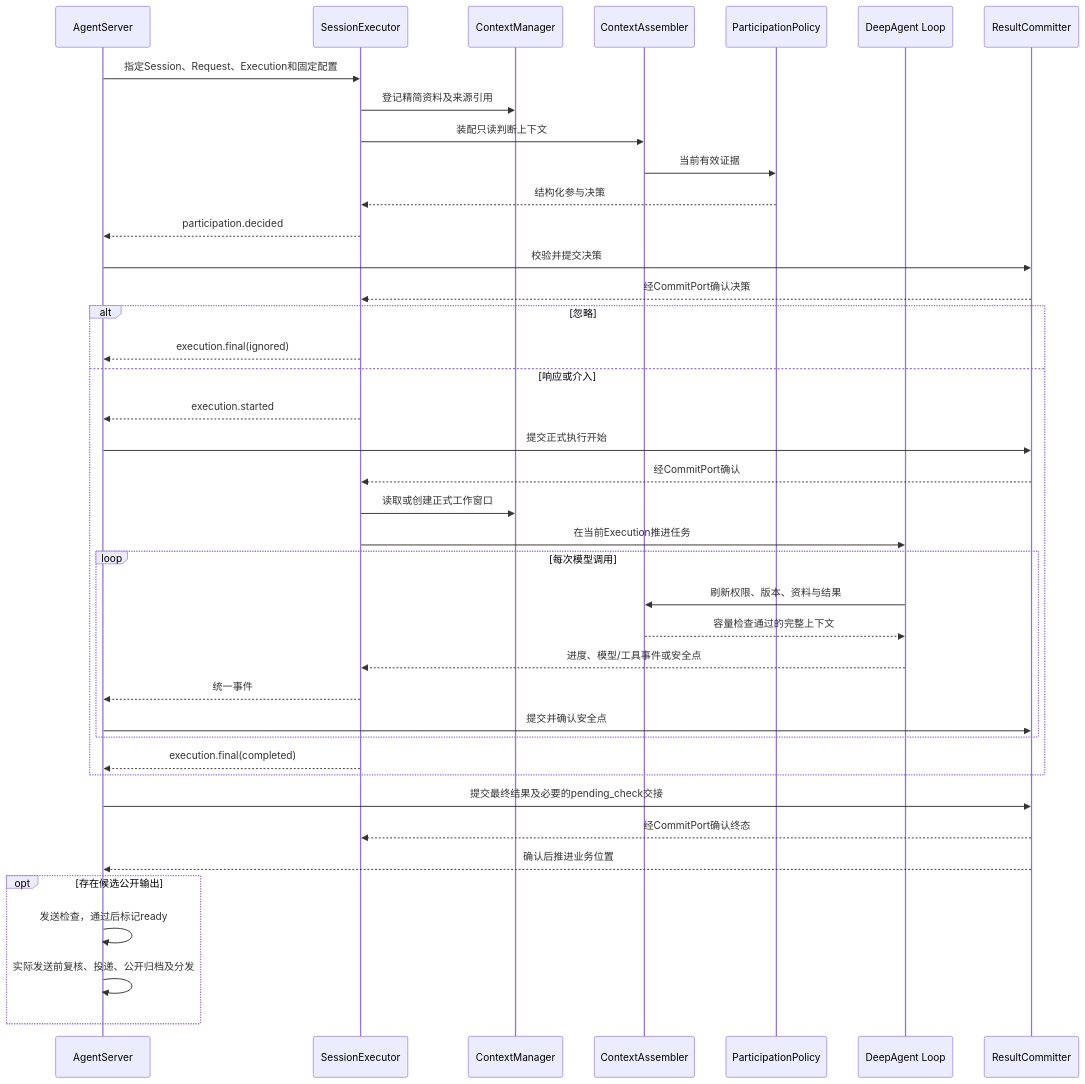
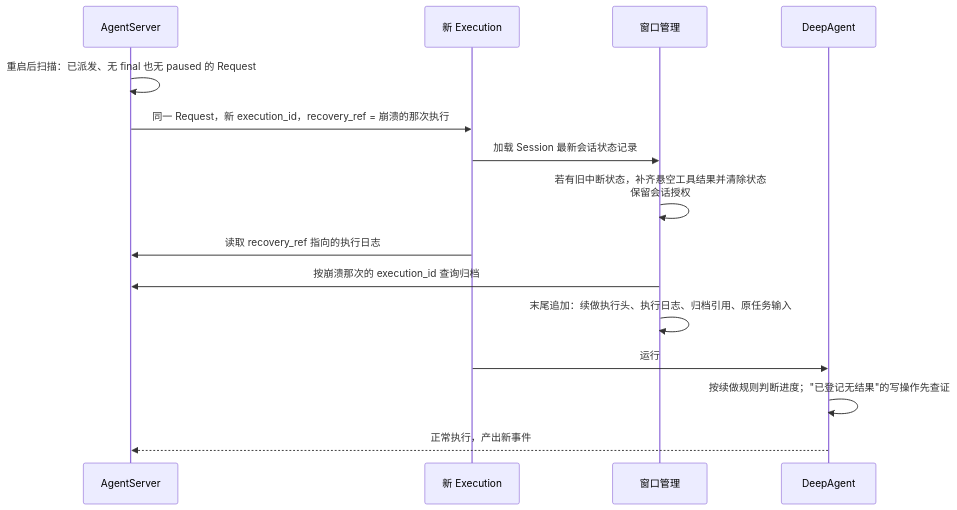
Before and after one commit to openJiuwen-ai/agent-core: the fifth of 5 diagrams in openjiuwen/harness/persistent_agent/docs/designs/persistent-agent-architecture.md, drawn with Mermaid. The commit also changed other lines of this file and 16 other files, not shown here.

````diff
--- a/openjiuwen/harness/persistent_agent/docs/designs/persistent-agent-architecture.md
+++ b/openjiuwen/harness/persistent_agent/docs/designs/persistent-agent-architecture.md
@@ -775,42 +808,17 @@
 ```mermaid
 sequenceDiagram
     participant H as AgentServer
-    participant E as SessionExecutor
-    participant C as ContextManager
-    participant A as ContextAssembler
-    participant P as ParticipationPolicy
-    participant L as DeepAgent Loop
-    participant S as ResultCommitter
-    H->>E: 指定Session、Request、Execution和固定配置
-    E->>C: 登记精简资料及来源引用
-    E->>A: 装配只读判断上下文
-    A->>P: 当前有效证据
-    P-->>E: 结构化参与决策
-    E-->>H: participation.decided
-    H->>S: 校验并提交决策
-    S-->>E: 经CommitPort确认决策
-    alt 忽略
-        E-->>H: execution.final(ignored)
-    else 响应或介入
-        E-->>H: execution.started
-        H->>S: 提交正式执行开始
-        S-->>E: 经CommitPort确认
-        E->>C: 读取或创建正式工作窗口
-        E->>L: 在当前Execution推进任务
-        loop 每次模型调用
-            L->>A: 刷新权限、版本、资料与结果
-            A-->>L: 容量检查通过的完整上下文
-            L-->>E: 进度、模型/工具事件或安全点
-            E-->>H: 统一事件
-            H->>S: 提交并确认安全点
-        end
-        E-->>H: execution.final(completed)
-    end
-    H->>S: 提交最终结果及必要的pending_check交接
-    S-->>E: 经CommitPort确认终态
-    S-->>H: 确认后推进业务位置
-    opt 存在候选公开输出
-        H->>H: 发送检查，通过后标记ready
-        H->>H: 实际发送前复核、投递、公开归档及分发
-    end
+    participant E as 新 Execution
+    participant M as 窗口管理
+    participant A as DeepAgent
+    H->>H: 重启后扫描：已派发、无 final 也无 paused 的 Request
+    H->>E: 同一 Request，新 execution_id，recovery_ref = 崩溃的那次执行
+    E->>M: 加载 Session 最新会话状态记录
+    M->>M: 若有旧中断状态，补齐悬空工具结果并清除状态<br/>保留会话授权
+    E->>H: 读取 recovery_ref 指向的执行日志
+    M->>H: 按崩溃那次的 execution_id 查询归档
+    M->>M: 末尾追加：续做执行头、执行日志、归档引用、原任务输入
+    E->>A: 运行
+    A->>A: 按续做规则判断进度；"已登记无结果"的写操作先查证
+    A-->>H: 正常执行，产出新事件
 ```
````
